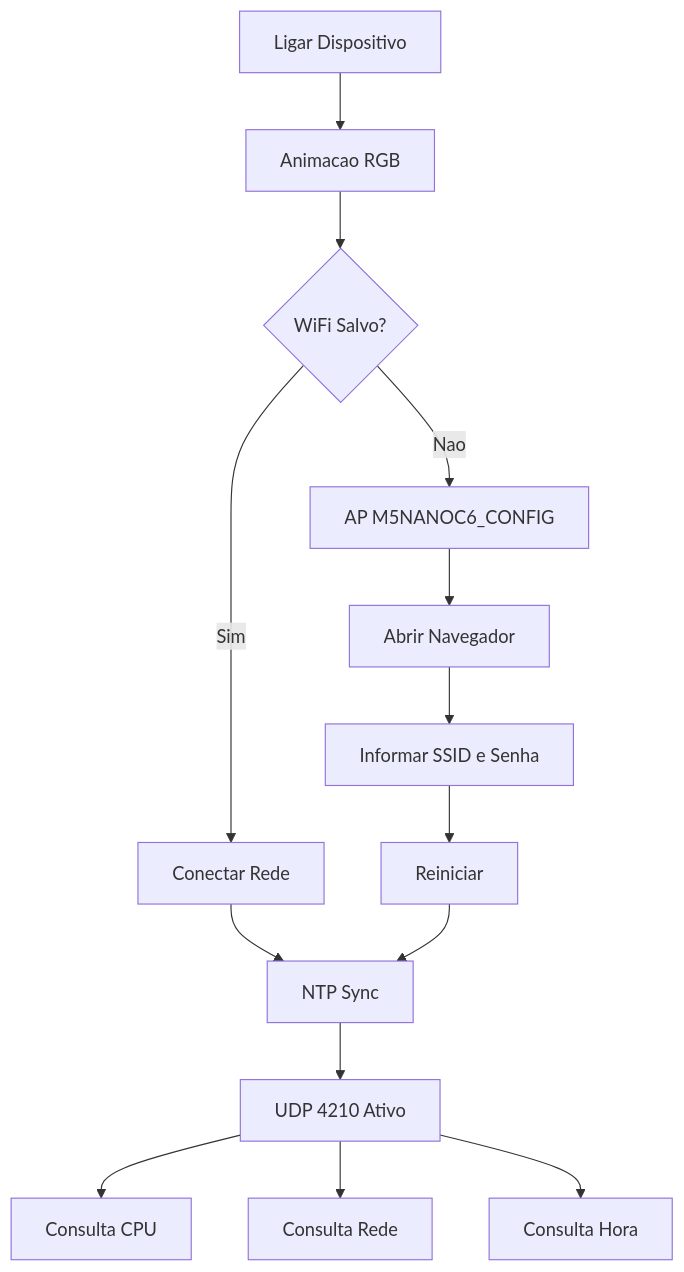
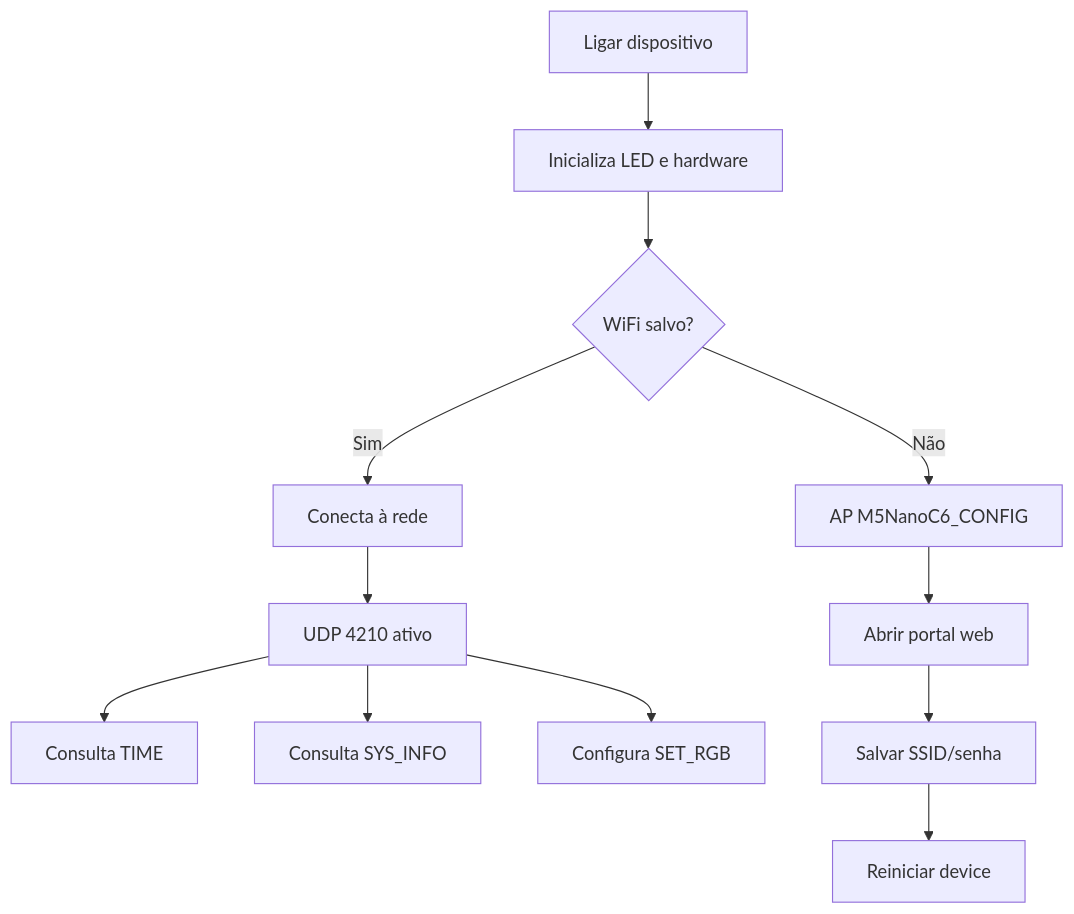
Before and after one commit to paulocfmarques-collab/M5NanoC6_wifi: the third of 3 diagrams in README.md, drawn with Mermaid. The commit also changed other lines of this file, not shown here.

````diff
--- a/README.md
+++ b/README.md
@@ -583,23 +348,16 @@
 ```mermaid
 flowchart TD
+    A[Ligar dispositivo] --> B[Inicializa LED e hardware]
+    B --> C{WiFi salvo?}
 
-    A[Ligar Dispositivo]
-    A --> B[Animacao RGB]
+    C -->|Sim| D[Conecta à rede]
+    D --> E[UDP 4210 ativo]
+    E --> F[Consulta TIME]
+    E --> G[Consulta SYS_INFO]
+    E --> H[Configura SET_RGB]
 
-    B --> C{WiFi Salvo?}
-
-    C -->|Sim| D[Conectar Rede]
-
-    C -->|Nao| E[AP M5NANOC6_CONFIG]
-    E --> F[Abrir Navegador]
-    F --> G[Informar SSID e Senha]
-    G --> H[Reiniciar]
-
-    D --> I[NTP Sync]
-    H --> I
-
-    I --> J[UDP 4210 Ativo]
-    J --> K[Consulta CPU]
-    J --> L[Consulta Rede]
-    J --> M[Consulta Hora]
+    C -->|Não| I[AP M5NanoC6_CONFIG]
+    I --> J[Abrir portal web]
+    J --> K[Salvar SSID/senha]
+    K --> L[Reiniciar device]
 ```
````
